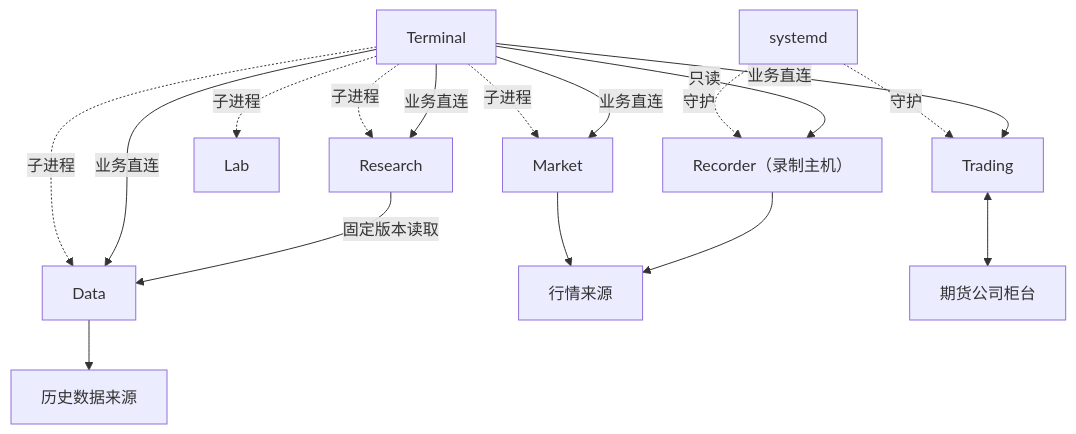
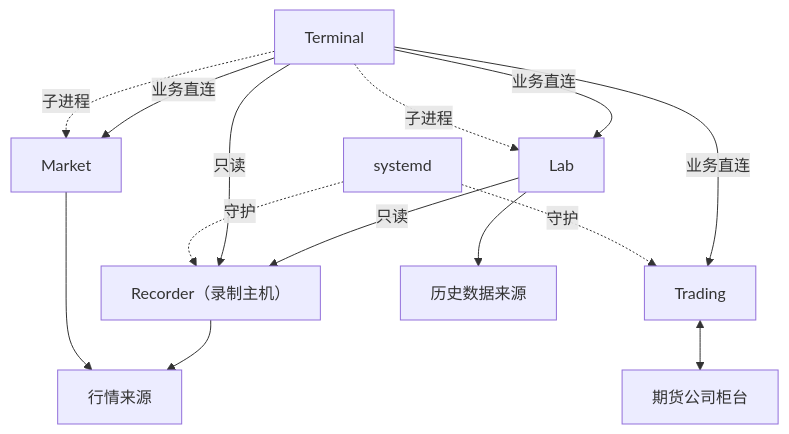
One commit to isqiwen/asterion-terminal changed the second of 2 diagrams in docs/architecture.md. Above: the diagram before and after it, drawn with Mermaid. The commit also changed other lines of this file and 439 other files, not shown here.

First line of the commit message:
M2.6: delete the old Data and Research layer

````diff
--- a/docs/architecture.md
+++ b/docs/architecture.md
@@ -48,13 +43,13 @@
 ```mermaid
 flowchart TB
-  Terminal -.子进程.-> Market & Data & Research & Lab
+  Terminal -.子进程.-> Market & Lab
   OS[systemd] -.守护.-> Trading
-  Terminal -->|业务直连| Market & Data & Research & Trading
-  Research -->|固定版本读取| Data
+  Terminal -->|业务直连| Market & Lab & Trading
   Market --> Provider[行情来源]
   OS -.守护.-> Recorder[Recorder（录制主机）]
   Recorder --> Provider
   Terminal -->|只读| Recorder
-  Data --> Provider2[历史数据来源]
+  Lab --> Provider2[历史数据来源]
+  Lab -->|只读| Recorder
   Trading <--> Broker[期货公司柜台]
 ```
````
